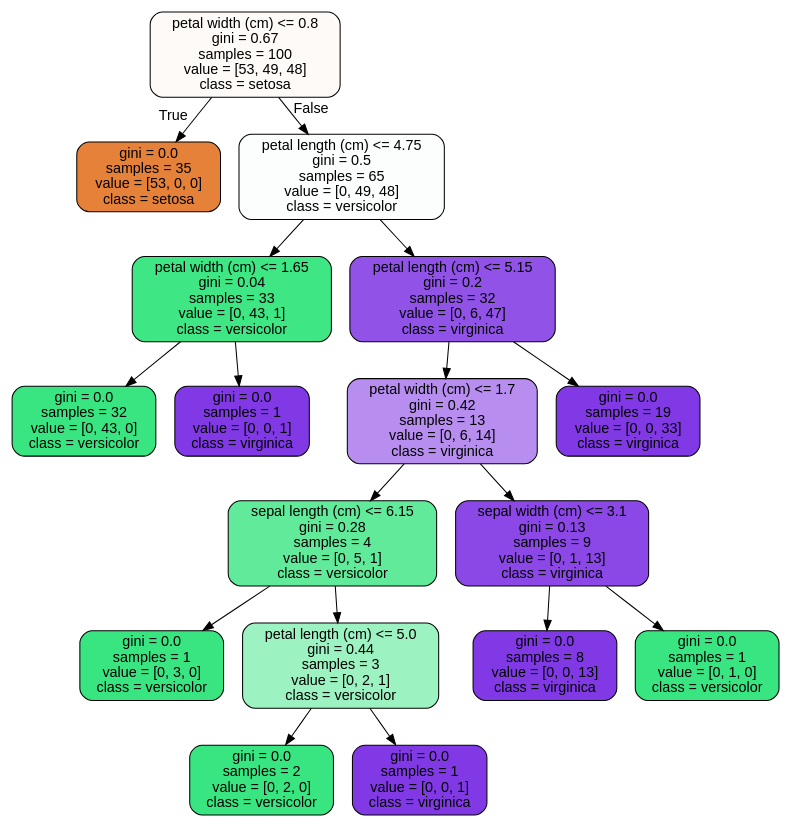
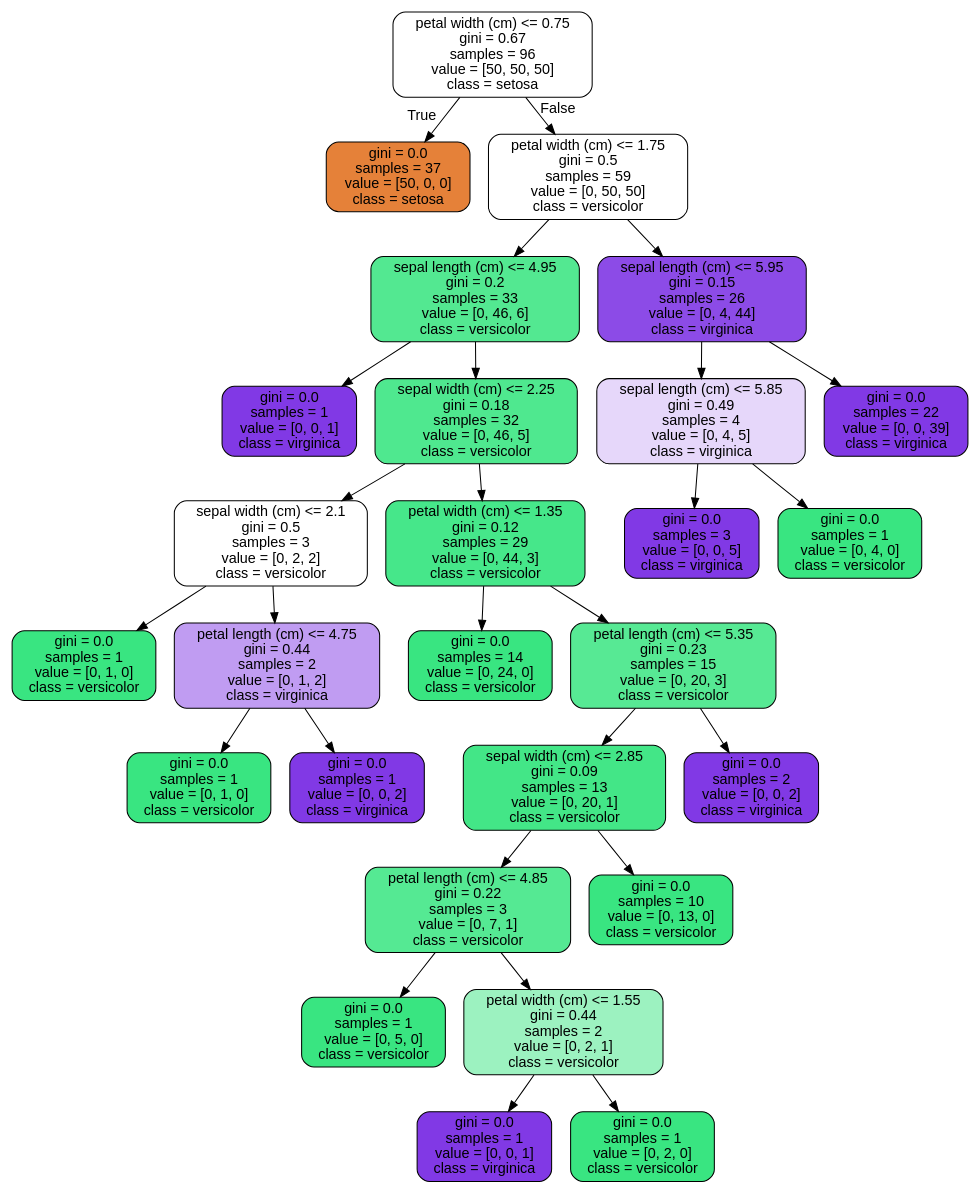
The diagram in 25.4.4.RandomForest Covid Case Study/tree.dot (thikyi/Springboard), drawn with Graphviz before and after one commit. The commit also changed 3 other files, not shown here.

```diff
--- a/25.4.4.RandomForest Covid Case Study/tree.dot
+++ b/25.4.4.RandomForest Covid Case Study/tree.dot
@@ -1,37 +1,57 @@
 digraph Tree {
 node [shape=box, style="filled, rounded", color="black", fontname=helvetica] ;
 edge [fontname=helvetica] ;
-0 [label="petal width (cm) <= 0.8\ngini = 0.67\nsamples = 100\nvalue = [53, 49, 48]\nclass = setosa", fillcolor="#fefaf7"] ;
-1 [label="gini = 0.0\nsamples = 35\nvalue = [53, 0, 0]\nclass = setosa", fillcolor="#e58139"] ;
+0 [label="petal width (cm) <= 0.75\ngini = 0.67\nsamples = 96\nvalue = [50, 50, 50]\nclass = setosa", fillcolor="#ffffff"] ;
+1 [label="gini = 0.0\nsamples = 37\nvalue = [50, 0, 0]\nclass = setosa", fillcolor="#e58139"] ;
 0 -> 1 [labeldistance=2.5, labelangle=45, headlabel="True"] ;
-2 [label="petal length (cm) <= 4.75\ngini = 0.5\nsamples = 65\nvalue = [0, 49, 48]\nclass = versicolor", fillcolor="#fbfefc"] ;
+2 [label="petal width (cm) <= 1.75\ngini = 0.5\nsamples = 59\nvalue = [0, 50, 50]\nclass = versicolor", fillcolor="#ffffff"] ;
 0 -> 2 [labeldistance=2.5, labelangle=-45, headlabel="False"] ;
-3 [label="petal width (cm) <= 1.65\ngini = 0.04\nsamples = 33\nvalue = [0, 43, 1]\nclass = versicolor", fillcolor="#3ee684"] ;
+3 [label="sepal length (cm) <= 4.95\ngini = 0.2\nsamples = 33\nvalue = [0, 46, 6]\nclass = versicolor", fillcolor="#53e891"] ;
 2 -> 3 ;
-4 [label="gini = 0.0\nsamples = 32\nvalue = [0, 43, 0]\nclass = versicolor", fillcolor="#39e581"] ;
+4 [label="gini = 0.0\nsamples = 1\nvalue = [0, 0, 1]\nclass = virginica", fillcolor="#8139e5"] ;
 3 -> 4 ;
-5 [label="gini = 0.0\nsamples = 1\nvalue = [0, 0, 1]\nclass = virginica", fillcolor="#8139e5"] ;
+5 [label="sepal width (cm) <= 2.25\ngini = 0.18\nsamples = 32\nvalue = [0, 46, 5]\nclass = versicolor", fillcolor="#4fe88f"] ;
 3 -> 5 ;
-6 [label="petal length (cm) <= 5.15\ngini = 0.2\nsamples = 32\nvalue = [0, 6, 47]\nclass = virginica", fillcolor="#9152e8"] ;
-2 -> 6 ;
-7 [label="petal width (cm) <= 1.7\ngini = 0.42\nsamples = 13\nvalue = [0, 6, 14]\nclass = virginica", fillcolor="#b78ef0"] ;
+6 [label="sepal width (cm) <= 2.1\ngini = 0.5\nsamples = 3\nvalue = [0, 2, 2]\nclass = versicolor", fillcolor="#ffffff"] ;
+5 -> 6 ;
+7 [label="gini = 0.0\nsamples = 1\nvalue = [0, 1, 0]\nclass = versicolor", fillcolor="#39e581"] ;
 6 -> 7 ;
-8 [label="sepal length (cm) <= 6.15\ngini = 0.28\nsamples = 4\nvalue = [0, 5, 1]\nclass = versicolor", fillcolor="#61ea9a"] ;
-7 -> 8 ;
-9 [label="gini = 0.0\nsamples = 1\nvalue = [0, 3, 0]\nclass = versicolor", fillcolor="#39e581"] ;
+8 [label="petal length (cm) <= 4.75\ngini = 0.44\nsamples = 2\nvalue = [0, 1, 2]\nclass = virginica", fillcolor="#c09cf2"] ;
+6 -> 8 ;
+9 [label="gini = 0.0\nsamples = 1\nvalue = [0, 1, 0]\nclass = versicolor", fillcolor="#39e581"] ;
 8 -> 9 ;
-10 [label="petal length (cm) <= 5.0\ngini = 0.44\nsamples = 3\nvalue = [0, 2, 1]\nclass = versicolor", fillcolor="#9cf2c0"] ;
+10 [label="gini = 0.0\nsamples = 1\nvalue = [0, 0, 2]\nclass = virginica", fillcolor="#8139e5"] ;
 8 -> 10 ;
-11 [label="gini = 0.0\nsamples = 2\nvalue = [0, 2, 0]\nclass = versicolor", fillcolor="#39e581"] ;
-10 -> 11 ;
-12 [label="gini = 0.0\nsamples = 1\nvalue = [0, 0, 1]\nclass = virginica", fillcolor="#8139e5"] ;
-10 -> 12 ;
-13 [label="sepal width (cm) <= 3.1\ngini = 0.13\nsamples = 9\nvalue = [0, 1, 13]\nclass = virginica", fillcolor="#8b48e7"] ;
-7 -> 13 ;
-14 [label="gini = 0.0\nsamples = 8\nvalue = [0, 0, 13]\nclass = virginica", fillcolor="#8139e5"] ;
+11 [label="petal width (cm) <= 1.35\ngini = 0.12\nsamples = 29\nvalue = [0, 44, 3]\nclass = versicolor", fillcolor="#46e78a"] ;
+5 -> 11 ;
+12 [label="gini = 0.0\nsamples = 14\nvalue = [0, 24, 0]\nclass = versicolor", fillcolor="#39e581"] ;
+11 -> 12 ;
+13 [label="petal length (cm) <= 5.35\ngini = 0.23\nsamples = 15\nvalue = [0, 20, 3]\nclass = versicolor", fillcolor="#57e994"] ;
+11 -> 13 ;
+14 [label="sepal width (cm) <= 2.85\ngini = 0.09\nsamples = 13\nvalue = [0, 20, 1]\nclass = versicolor", fillcolor="#43e687"] ;
 13 -> 14 ;
-15 [label="gini = 0.0\nsamples = 1\nvalue = [0, 1, 0]\nclass = versicolor", fillcolor="#39e581"] ;
-13 -> 15 ;
-16 [label="gini = 0.0\nsamples = 19\nvalue = [0, 0, 33]\nclass = virginica", fillcolor="#8139e5"] ;
-6 -> 16 ;
+15 [label="petal length (cm) <= 4.85\ngini = 0.22\nsamples = 3\nvalue = [0, 7, 1]\nclass = versicolor", fillcolor="#55e993"] ;
+14 -> 15 ;
+16 [label="gini = 0.0\nsamples = 1\nvalue = [0, 5, 0]\nclass = versicolor", fillcolor="#39e581"] ;
+15 -> 16 ;
+17 [label="petal width (cm) <= 1.55\ngini = 0.44\nsamples = 2\nvalue = [0, 2, 1]\nclass = versicolor", fillcolor="#9cf2c0"] ;
+15 -> 17 ;
+18 [label="gini = 0.0\nsamples = 1\nvalue = [0, 0, 1]\nclass = virginica", fillcolor="#8139e5"] ;
+17 -> 18 ;
+19 [label="gini = 0.0\nsamples = 1\nvalue = [0, 2, 0]\nclass = versicolor", fillcolor="#39e581"] ;
+17 -> 19 ;
+20 [label="gini = 0.0\nsamples = 10\nvalue = [0, 13, 0]\nclass = versicolor", fillcolor="#39e581"] ;
+14 -> 20 ;
+21 [label="gini = 0.0\nsamples = 2\nvalue = [0, 0, 2]\nclass = virginica", fillcolor="#8139e5"] ;
+13 -> 21 ;
+22 [label="sepal length (cm) <= 5.95\ngini = 0.15\nsamples = 26\nvalue = [0, 4, 44]\nclass = virginica", fillcolor="#8c4be7"] ;
+2 -> 22 ;
+23 [label="sepal length (cm) <= 5.85\ngini = 0.49\nsamples = 4\nvalue = [0, 4, 5]\nclass = virginica", fillcolor="#e6d7fa"] ;
+22 -> 23 ;
+24 [label="gini = 0.0\nsamples = 3\nvalue = [0, 0, 5]\nclass = virginica", fillcolor="#8139e5"] ;
+23 -> 24 ;
+25 [label="gini = 0.0\nsamples = 1\nvalue = [0, 4, 0]\nclass = versicolor", fillcolor="#39e581"] ;
+23 -> 25 ;
+26 [label="gini = 0.0\nsamples = 22\nvalue = [0, 0, 39]\nclass = virginica", fillcolor="#8139e5"] ;
+22 -> 26 ;
 }
```
